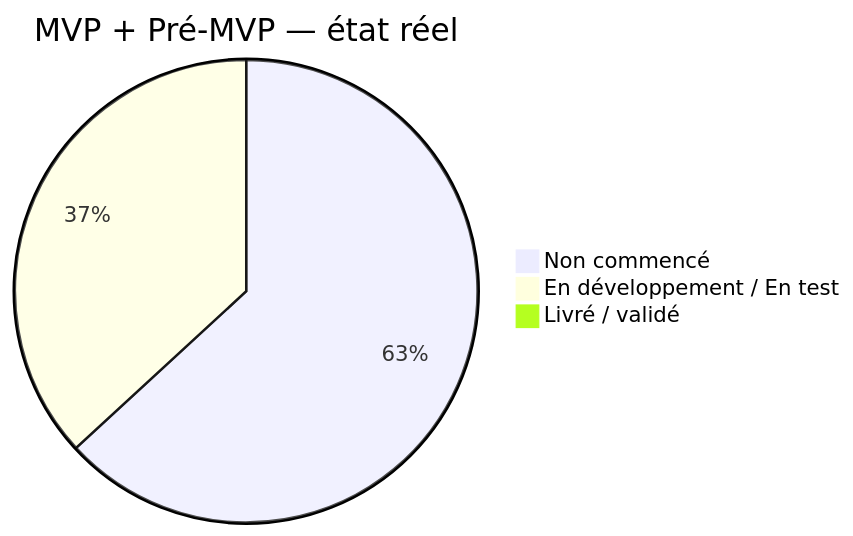
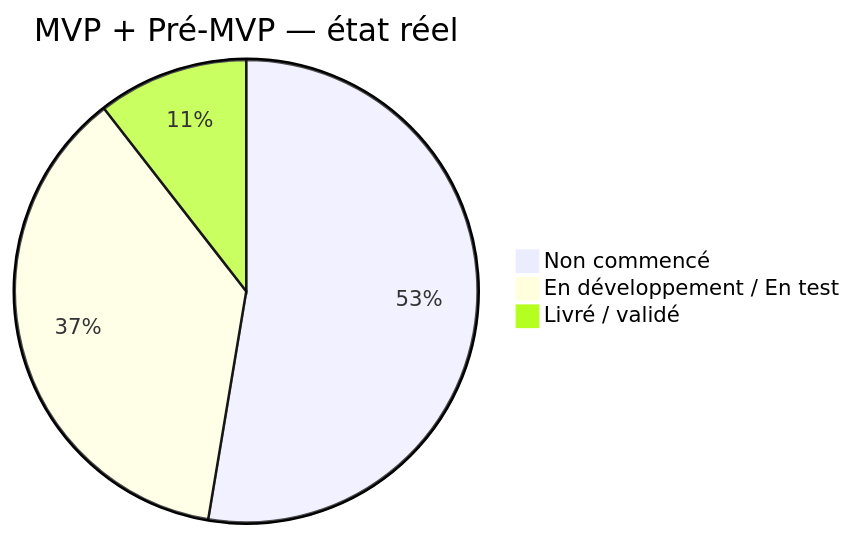
One commit to JavaChrist/Tai-Chi-AI-Coach changed the first of 5 diagrams in docs/runtime/02_FEATURE_STATUS.md. Above: the diagram before and after it, drawn with Mermaid. The commit also changed other lines of this file and 22 other files, not shown here.

````diff
--- a/docs/runtime/02_FEATURE_STATUS.md
+++ b/docs/runtime/02_FEATURE_STATUS.md
@@ -120,6 +122,6 @@
 ```mermaid
 pie title MVP + Pré-MVP — état réel
-  "Non commencé" : 12
+  "Non commencé" : 10
   "En développement / En test" : 7
-  "Livré / validé" : 0
+  "Livré / validé" : 2
 ```
````
